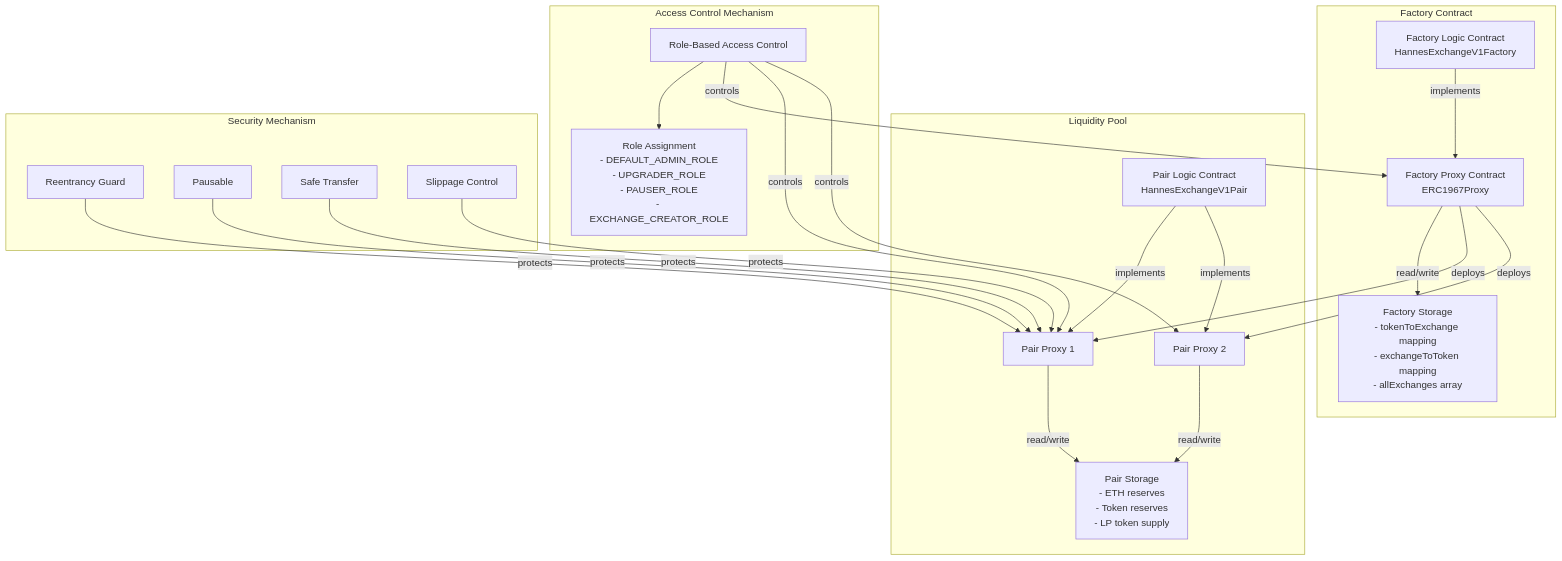
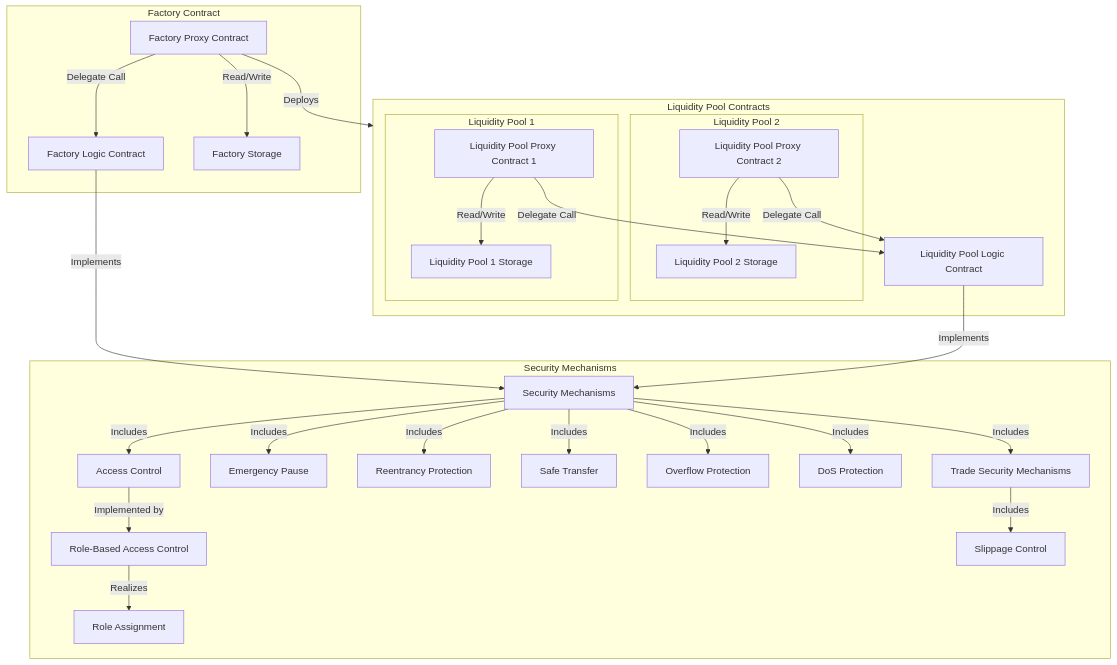
The diagram in docs/1_architectural_overview_en.md (hannesgao/HannesExchange), drawn with Mermaid before and after one commit. The commit also changed other lines of this file and 1 other file, not shown here.

Commit message:
Structure diagram and introduction of architectural overview updated

````diff
--- a/docs/1_architectural_overview_en.md
+++ b/docs/1_architectural_overview_en.md
@@ -104,48 +104,60 @@
 ```mermaid
 flowchart TB
-    subgraph "Factory Contract"
-        FactoryLogic["Factory Logic Contract\nHannesExchangeV1Factory"]
-        FactoryProxy["Factory Proxy Contract\nERC1967Proxy"]
-        FactoryStorage["Factory Storage\n- tokenToExchange mapping\n- exchangeToToken mapping\n- allExchanges array"]
+    subgraph FACTORYS["Factory Contract"]
+        FactoryLogic["Factory Logic Contract"]
+        FactoryProxy["Factory Proxy Contract"]
+        FactoryStorage["Factory Storage"]
 
-        FactoryLogic --> |"implements"| FactoryProxy
-        FactoryProxy --> |"read/write"| FactoryStorage
+        FactoryProxy --> |"Delegate Call"| FactoryLogic
+        FactoryProxy --> |"Read/Write"| FactoryStorage
     end
 
-    subgraph "Liquidity Pool"
-        PairLogic["Pair Logic Contract\nHannesExchangeV1Pair"]
-        PairProxy1["Pair Proxy 1"]
-        PairProxy2["Pair Proxy 2"]
-        PairStorage["Pair Storage\n- ETH reserves\n- Token reserves\n- LP token supply"]
+    subgraph POOLS["Liquidity Pool Contracts"]
+        PairLogic["Liquidity Pool Logic Contract"]
 
-        PairLogic --> |"implements"| PairProxy1
-        PairLogic --> |"implements"| PairProxy2
-        PairProxy1 --> |"read/write"| PairStorage
-        PairProxy2 --> |"read/write"| PairStorage
+        subgraph POOL2["Liquidity Pool 2"]
+            PairProxy2["Liquidity Pool Proxy Contract 2"]
+            PairStorage2["Liquidity Pool 2 Storage"]
+            PairProxy2 --> |"Read/Write"| PairStorage2
+        end
+
+        subgraph POOL1["Liquidity Pool 1"]
+            PairProxy1["Liquidity Pool Proxy Contract 1"]
+            PairStorage1["Liquidity Pool 1 Storage"]
+            PairProxy1 --> |"Read/Write"| PairStorage1
+        end
+
+        PairProxy1 --> |"Delegate Call"| PairLogic
+        PairProxy2 --> |"Delegate Call"| PairLogic            
     end
 
-    subgraph "Access Control Mechanism"
-        RBAC["Role-Based Access Control"]
-        Roles["Role Assignment\n- DEFAULT_ADMIN_ROLE\n- UPGRADER_ROLE\n- PAUSER_ROLE\n- EXCHANGE_CREATOR_ROLE"]
+    subgraph SAFEMETHOD["Security Mechanisms"]
+        SafeMethods["Security Mechanisms"]
+            AAC["Access Control"]
+                RBAC["Role-Based Access Control"]
+                Roles["Role Assignment"]
+            Pausable["Emergency Pause"]
+            ReentrancyGuard["Reentrancy Protection"]
+            SafeTransfer["Safe Transfer"]
+            OverflowGuard["Overflow Protection"]
+            DoSGuard["DoS Protection"]
+            TradeGuard["Trade Security Mechanisms"]
+                SlippageControl["Slippage Control"]
 
-        RBAC --> Roles
+        AAC --> |"Implemented by"| RBAC
+        RBAC --> |"Realizes"| Roles        
+
+        SafeMethods --> |"Includes"| AAC
+        SafeMethods --> |"Includes"| ReentrancyGuard
+        SafeMethods --> |"Includes"| Pausable
+        SafeMethods --> |"Includes"| SafeTransfer
+        SafeMethods --> |"Includes"| OverflowGuard       
+        SafeMethods --> |"Includes"| DoSGuard       
+        SafeMethods --> |"Includes"| TradeGuard      
+            TradeGuard --> |"Includes"| SlippageControl       
     end
 
-    subgraph "Security Mechanism"
-        ReentrancyGuard["Reentrancy Guard"]
-        Pausable["Pausable"]
-        SafeTransfer["Safe Transfer"]
-        SlippageControl["Slippage Control"]
-    end
-
-    FactoryProxy --> |"deploys"| PairProxy1
-    FactoryProxy --> |"deploys"| PairProxy2
-    RBAC --> |"controls"| FactoryProxy
-    RBAC --> |"controls"| PairProxy1
-    RBAC --> |"controls"| PairProxy2
-
-    ReentrancyGuard --> |"protects"| PairProxy1
-    Pausable --> |"protects"| PairProxy1
-    SafeTransfer --> |"protects"| PairProxy1
-    SlippageControl --> |"protects"| PairProxy1
+    FactoryProxy --> |"Deploys"| POOLS
+    PairLogic --> |"Implements"| SafeMethods
+    FactoryLogic --> |"Implements"| SafeMethods
 ```
````
